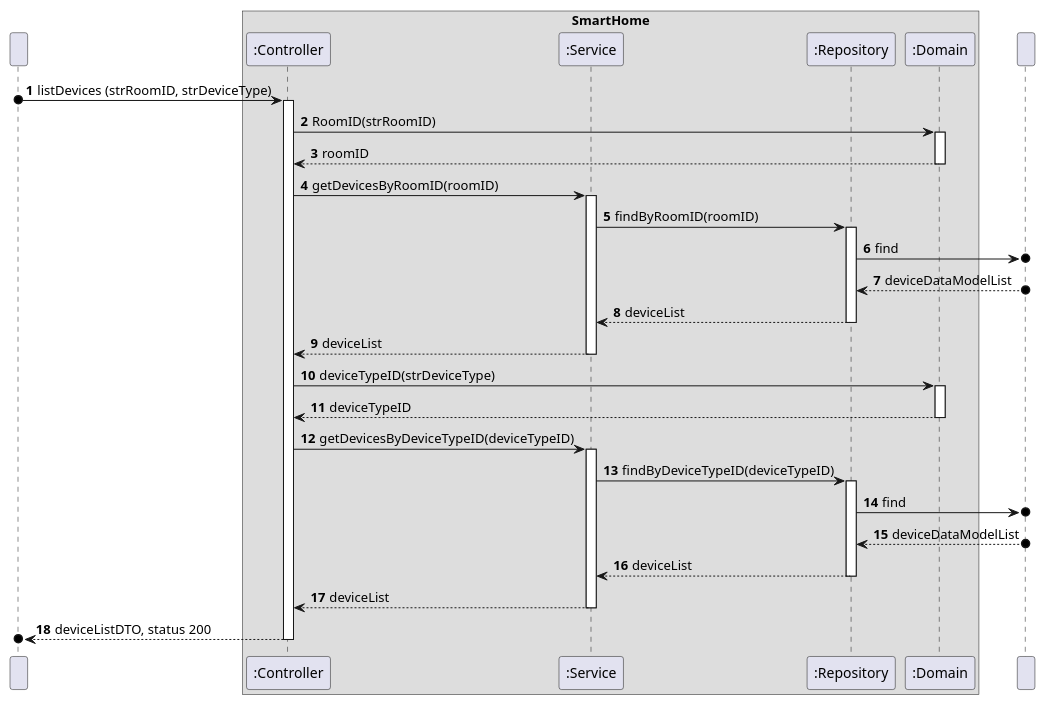
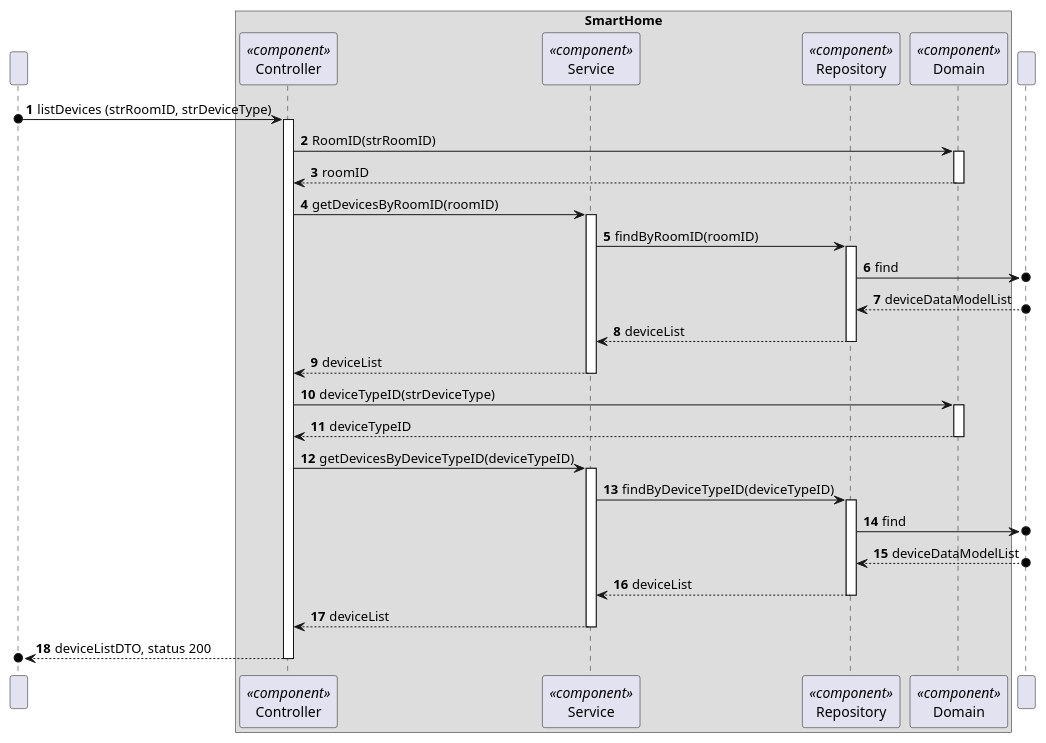
One commit to moutajDev/smarthome changed the diagram in docs/C4_4plus1_models/Level4/ProcessView/ProcessViewLevel4_UC12.puml. Above: the diagram before and after it, drawn with PlantUML. The commit also changed 46 other files, not shown here.

```diff
--- a/docs/C4_4plus1_models/Level4/ProcessView/ProcessViewLevel4_UC12.puml
+++ b/docs/C4_4plus1_models/Level4/ProcessView/ProcessViewLevel4_UC12.puml
@@ -1,74 +1,72 @@
 @startuml
 'https://plantuml.com/sequence-diagram
 !pragma layout smetana
 
 autonumber
 
 participant " " as User
 
 box "SmartHome"
-    participant ":Controller" as CTRL
-    participant ":Service" as SV
-    participant ":Repository" as REPO
-    participant ":Domain" as DOM
+    participant "Controller" as CTRL<<component>>
+    participant "Service" as SV<<component>>
+    participant "Repository" as REPO<<component>>
+    participant "Domain" as DOM<<component>>
 end box
     participant " " as BD
-
-
 
 User o-> CTRL : listDevices (strRoomID, strDeviceType)
 
 activate CTRL
 
 CTRL -> DOM : RoomID(strRoomID)
 activate DOM
 
 DOM --> CTRL : roomID
 deactivate DOM
 
 CTRL -> SV: getDevicesByRoomID(roomID)
 activate SV
 
 SV -> REPO : findByRoomID(roomID)
 activate REPO
 
 REPO ->o BD : find
 
 
 BD o--> REPO : deviceDataModelList
 
 REPO --> SV : deviceList
 deactivate REPO
 
 SV --> CTRL : deviceList
 deactivate REPO
 deactivate SV
 
 CTRL -> DOM : deviceTypeID(strDeviceType)
 activate DOM
 
 DOM --> CTRL : deviceTypeID
 deactivate DOM
 
 CTRL -> SV : getDevicesByDeviceTypeID(deviceTypeID)
 activate SV
 
 SV -> REPO : findByDeviceTypeID(deviceTypeID)
 activate REPO
 
 REPO ->o BD : find
 
 BD o--> REPO : deviceDataModelList
 
 REPO --> SV : deviceList
 deactivate REPO
 
 SV --> CTRL : deviceList
 deactivate SV
 
 CTRL -->o User :deviceListDTO, status 200
 deactivate CTRL
 
 
 
 @enduml
```
